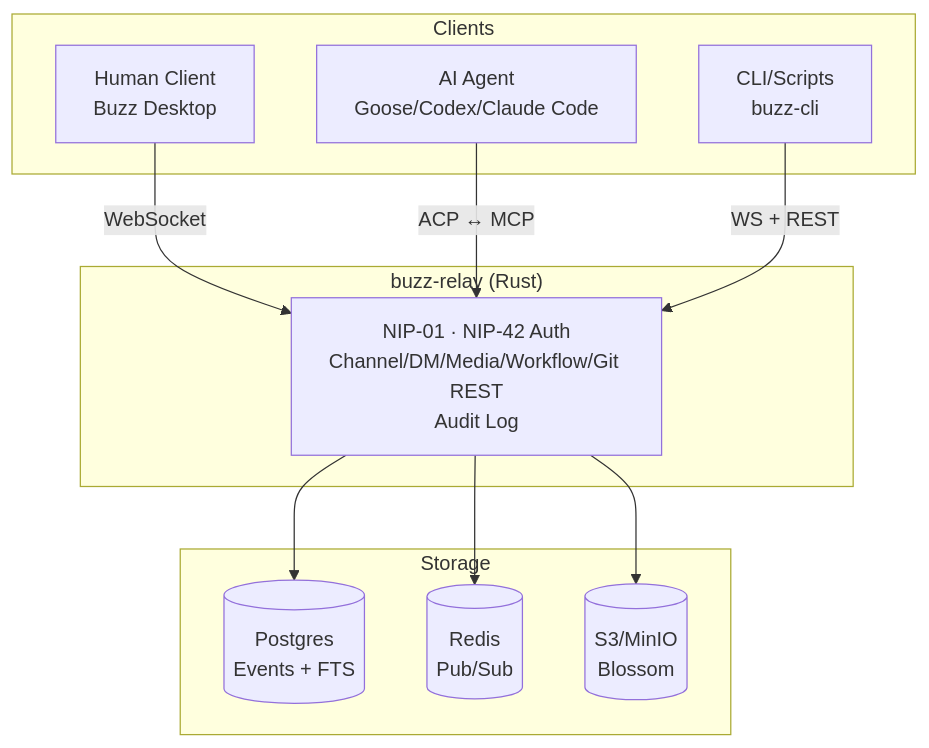
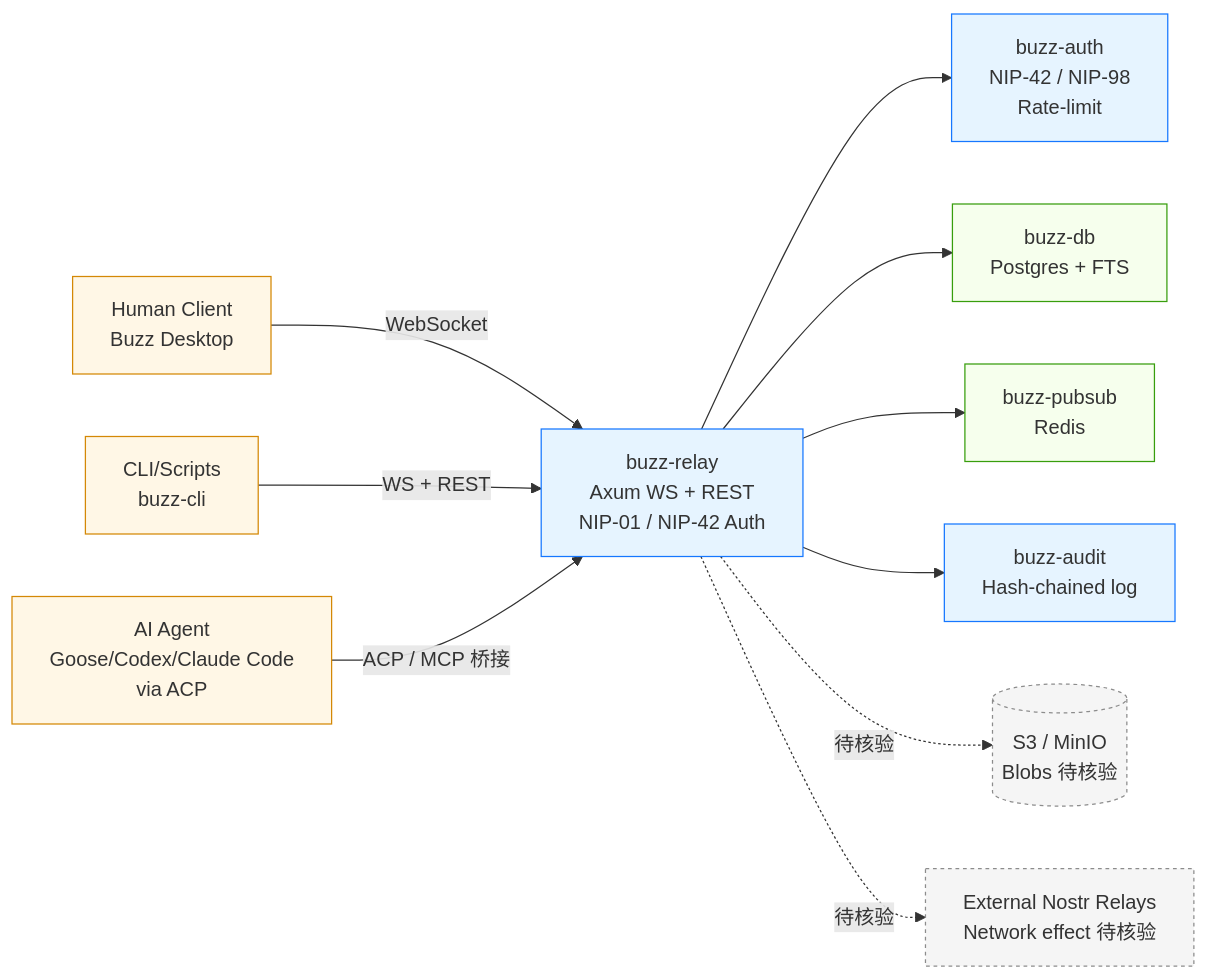
The diagram in projects/buzz.md (aiutil/github-researcher), drawn with Mermaid before and after one commit. The commit also changed other lines of this file and 939 other files, not shown here.

Commit message:
feat: add architect briefs and Mermaid project maps

````diff
--- a/projects/buzz.md
+++ b/projects/buzz.md
@@ -42,25 +55,28 @@
 ```mermaid
-flowchart TB
-    subgraph Clients
-        H[Human Client<br/>Buzz Desktop]
-        A[AI Agent<br/>Goose/Codex/Claude Code]
-        C[CLI/Scripts<br/>buzz-cli]
-    end
-
-    subgraph "buzz-relay (Rust)"
-        R[NIP-01 · NIP-42 Auth<br/>Channel/DM/Media/Workflow/Git REST<br/>Audit Log]
-    end
-
-    subgraph Storage
-        PG[(Postgres<br/>Events + FTS)]
-        RD[(Redis<br/>Pub/Sub)]
-        S3[(S3/MinIO<br/>Blossom)]
-    end
+flowchart LR
+    H[Human Client<br/>Buzz Desktop]:::user
+    C[CLI/Scripts<br/>buzz-cli]:::user
+    AG[AI Agent<br/>Goose/Codex/Claude Code<br/>via ACP]:::user
+    R[buzz-relay<br/>Axum WS + REST<br/>NIP-01 / NIP-42 Auth]:::core
+    AUTH[buzz-auth<br/>NIP-42 / NIP-98<br/>Rate-limit]:::core
+    DB[buzz-db<br/>Postgres + FTS]:::store
+    PS[buzz-pubsub<br/>Redis]:::store
+    AU[buzz-audit<br/>Hash-chained log]:::core
+    S3[(S3 / MinIO<br/>Blobs 待核验)]:::ext
+    EXT[External Nostr Relays<br/>Network effect 待核验]:::ext
 
     H -->|WebSocket| R
-    A -->|ACP ↔ MCP| R
     C -->|WS + REST| R
-    R --> PG
-    R --> RD
-    R --> S3
+    AG -->|ACP / MCP 桥接| R
+    R --> AUTH
+    R --> DB
+    R --> PS
+    R --> AU
+    R -.待核验.-> S3
+    R -.待核验.-> EXT
+
+    classDef user fill:#fff7e6,stroke:#d48806;
+    classDef core fill:#e6f4ff,stroke:#1677ff;
+    classDef store fill:#f6ffed,stroke:#389e0d;
+    classDef ext fill:#f5f5f5,stroke:#8c8c8c,stroke-dasharray:3 3;
 ```
````
